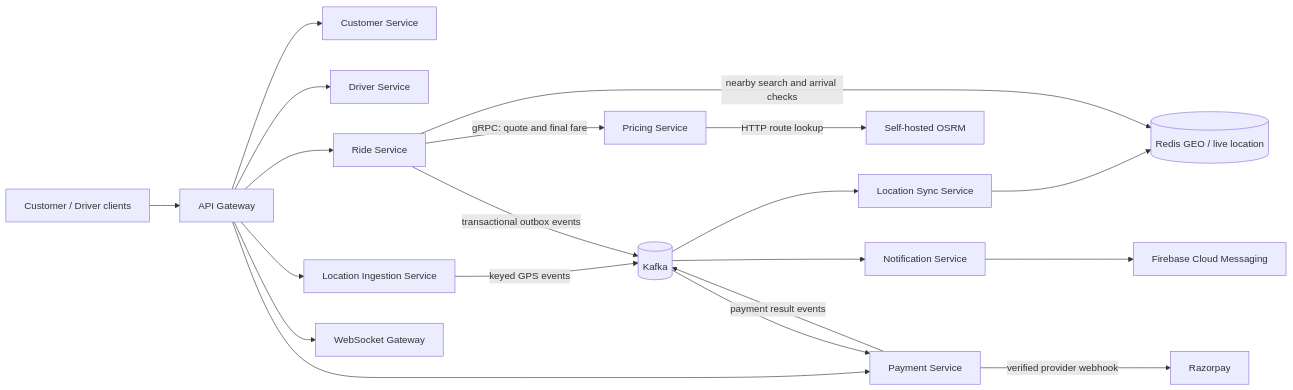
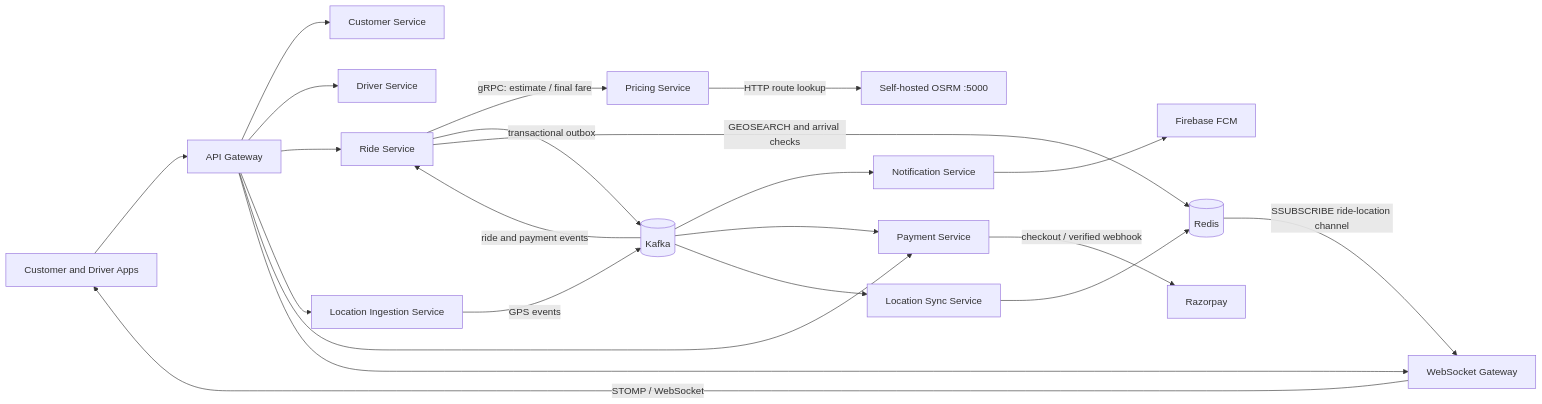
The first of 5 diagrams in README.md (shashank35i/GoOn---Ride-Hailing-Microservices-Platform), drawn with Mermaid before and after one commit. The commit also changed other lines of this file and 35 other files, not shown here.

````diff
--- a/README.md
+++ b/README.md
@@ -26,23 +41,26 @@
 ```mermaid
 flowchart LR
-    Client[Customer / Driver clients] --> Gateway[API Gateway]
+    Apps[Customer and Driver Apps] --> Gateway[API Gateway]
     Gateway --> Customer[Customer Service]
     Gateway --> Driver[Driver Service]
     Gateway --> Ride[Ride Service]
     Gateway --> Ingest[Location Ingestion Service]
     Gateway --> Payment[Payment Service]
     Gateway --> WS[WebSocket Gateway]
 
-    Ride -->|gRPC: quote and final fare| Pricing[Pricing Service]
-    Pricing -->|HTTP route lookup| OSRM[Self-hosted OSRM]
-    Ingest -->|keyed GPS events| Kafka[(Kafka)]
-    Kafka --> Sync[Location Sync Service]
-    Sync --> Redis[(Redis GEO / live location)]
-    Ride -->|nearby search and arrival checks| Redis
-    Ride -->|transactional outbox events| Kafka
+    Ride -->|gRPC: estimate / final fare| Pricing[Pricing Service]
+    Pricing -->|HTTP route lookup| OSRM[Self-hosted OSRM :5000]
+    Ride -->|transactional outbox| Kafka[(Kafka)]
+    Kafka -->|ride and payment events| Ride
+    Kafka --> Notification[Notification Service]
     Kafka --> Payment
-    Kafka --> Notification[Notification Service]
-    Payment -->|verified provider webhook| Razorpay[Razorpay]
-    Payment -->|payment result events| Kafka
-    Notification --> FCM[Firebase Cloud Messaging]
+    Notification --> FCM[Firebase FCM]
+    Payment -->|checkout / verified webhook| Razorpay[Razorpay]
+
+    Ingest -->|GPS events| Kafka
+    Kafka --> LocationSync[Location Sync Service]
+    LocationSync --> Redis[(Redis)]
+    Ride -->|GEOSEARCH and arrival checks| Redis
+    Redis -->|SSUBSCRIBE ride-location channel| WS
+    WS -->|STOMP / WebSocket| Apps
 ```
````
